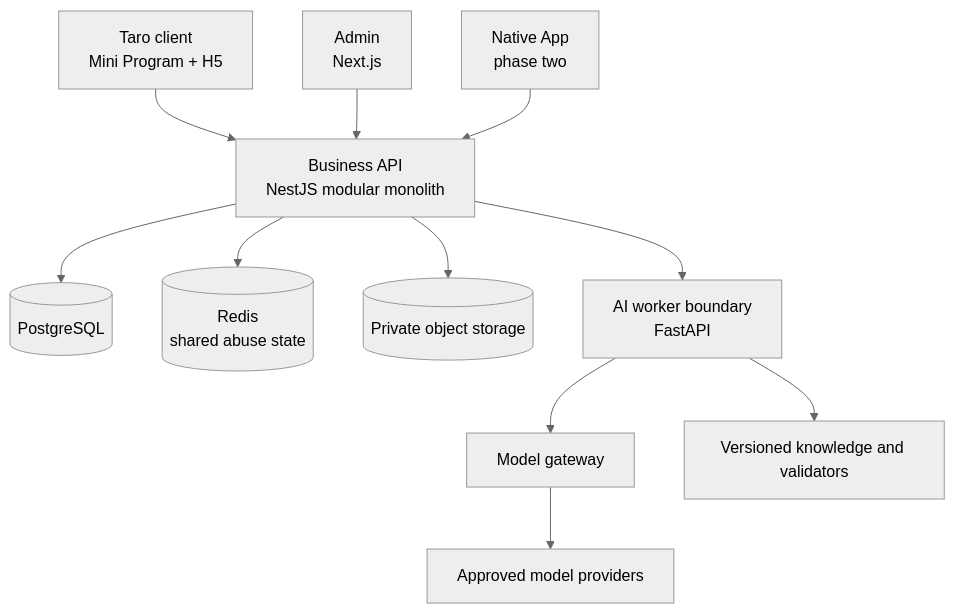
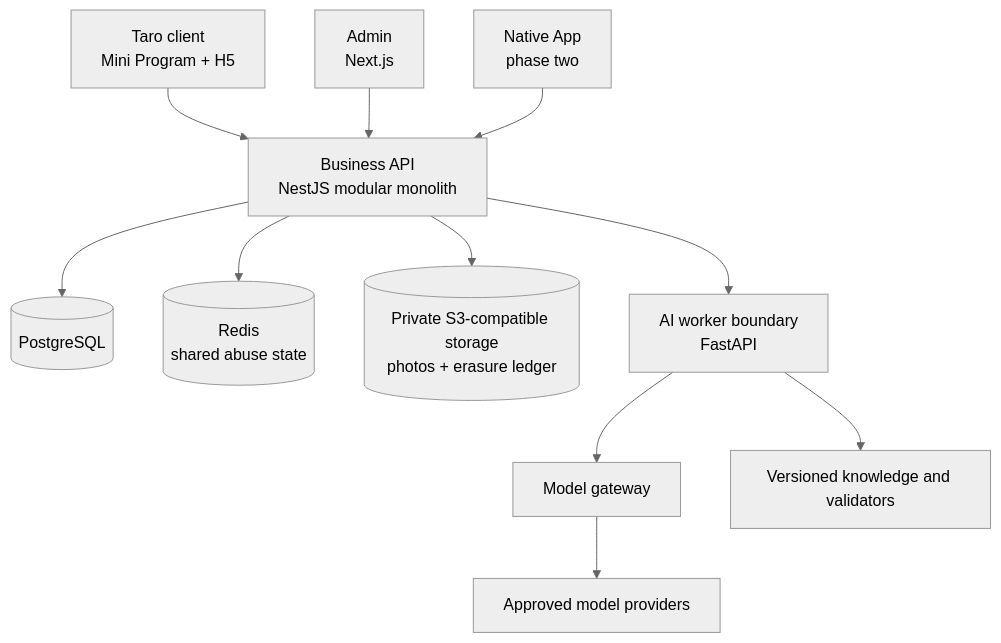
The diagram in docs/architecture/ARCHITECTURE.md (Zach424/MyFitness), drawn with Mermaid (neutral theme) before and after one commit. The commit also changed other lines of this file and 48 other files, not shown here.

````diff
--- a/docs/architecture/ARCHITECTURE.md
+++ b/docs/architecture/ARCHITECTURE.md
@@ -7,13 +7,13 @@
 ```mermaid
 flowchart TB
   C["Taro client<br/>Mini Program + H5"] --> G["Business API<br/>NestJS modular monolith"]
   A["Admin<br/>Next.js"] --> G
   M["Native App<br/>phase two"] --> G
   G --> P[("PostgreSQL")]
   G --> R[("Redis<br/>shared abuse state")]
-  G --> O[("Private object storage")]
+  G --> O[("Private S3-compatible storage<br/>photos + erasure ledger")]
   G --> W["AI worker boundary<br/>FastAPI"]
   W --> V["Model gateway"]
   W --> K["Versioned knowledge and validators"]
   V --> E["Approved model providers"]
 ```
````
